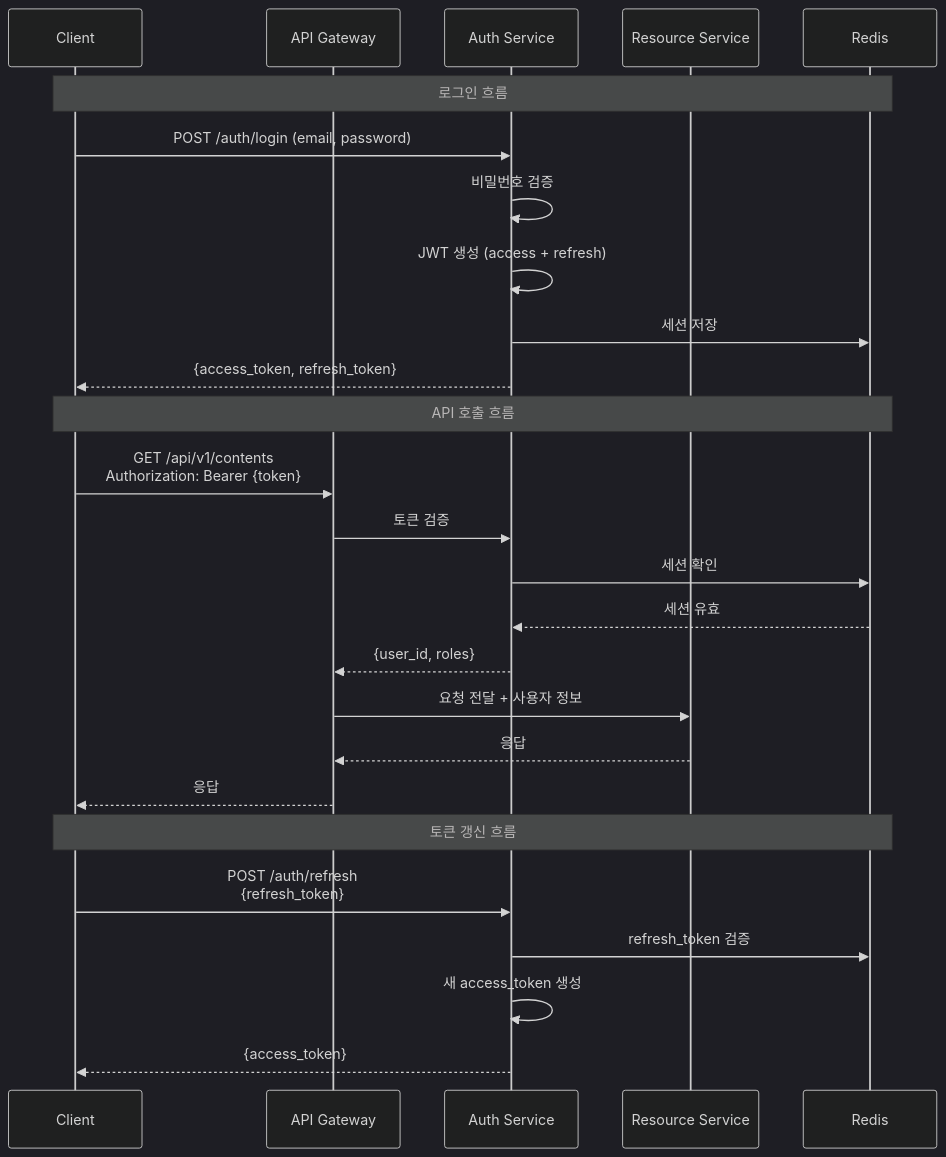
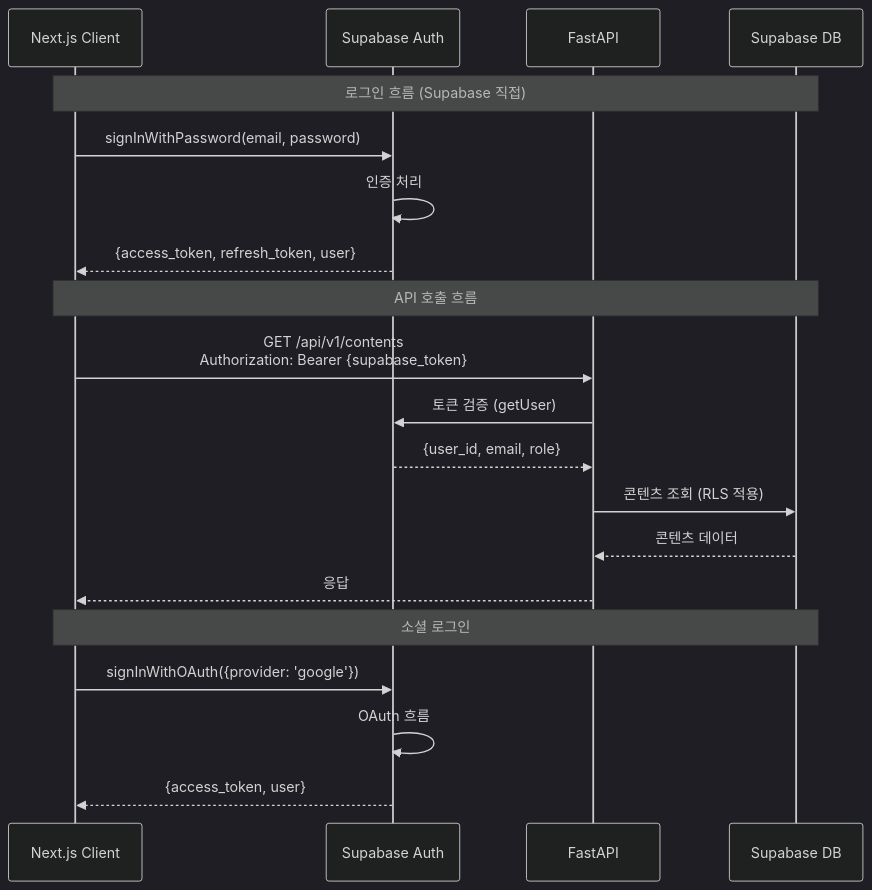
The sixth of 9 diagrams in docs/specs/ARCHITECTURE.md (Prometheus-P/OndaCoreana), drawn with Mermaid (dark theme) before and after one commit. The commit also changed other lines of this file and 3 other files, not shown here.

````diff
--- a/docs/specs/ARCHITECTURE.md
+++ b/docs/specs/ARCHITECTURE.md
@@ -526,31 +487,25 @@
 ```mermaid
 sequenceDiagram
-    participant Client
-    participant Gateway as API Gateway
-    participant Auth as Auth Service
-    participant Resource as Resource Service
-    participant Cache as Redis
+    participant Client as Next.js Client
+    participant Supabase as Supabase Auth
+    participant API as FastAPI
+    participant DB as Supabase DB
 
-    Note over Client,Cache: 로그인 흐름
-    Client->>Auth: POST /auth/login (email, password)
-    Auth->>Auth: 비밀번호 검증
-    Auth->>Auth: JWT 생성 (access + refresh)
-    Auth->>Cache: 세션 저장
-    Auth-->>Client: {access_token, refresh_token}
+    Note over Client,DB: 로그인 흐름 (Supabase 직접)
+    Client->>Supabase: signInWithPassword(email, password)
+    Supabase->>Supabase: 인증 처리
+    Supabase-->>Client: {access_token, refresh_token, user}
 
-    Note over Client,Cache: API 호출 흐름
-    Client->>Gateway: GET /api/v1/contents<br/>Authorization: Bearer {token}
-    Gateway->>Auth: 토큰 검증
-    Auth->>Cache: 세션 확인
-    Cache-->>Auth: 세션 유효
-    Auth-->>Gateway: {user_id, roles}
-    Gateway->>Resource: 요청 전달 + 사용자 정보
-    Resource-->>Gateway: 응답
-    Gateway-->>Client: 응답
+    Note over Client,DB: API 호출 흐름
+    Client->>API: GET /api/v1/contents<br/>Authorization: Bearer {supabase_token}
+    API->>Supabase: 토큰 검증 (getUser)
+    Supabase-->>API: {user_id, email, role}
+    API->>DB: 콘텐츠 조회 (RLS 적용)
+    DB-->>API: 콘텐츠 데이터
+    API-->>Client: 응답
 
-    Note over Client,Cache: 토큰 갱신 흐름
-    Client->>Auth: POST /auth/refresh<br/>{refresh_token}
-    Auth->>Cache: refresh_token 검증
-    Auth->>Auth: 새 access_token 생성
-    Auth-->>Client: {access_token}
+    Note over Client,DB: 소셜 로그인
+    Client->>Supabase: signInWithOAuth({provider: 'google'})
+    Supabase->>Supabase: OAuth 흐름
+    Supabase-->>Client: {access_token, user}
 ```
````
